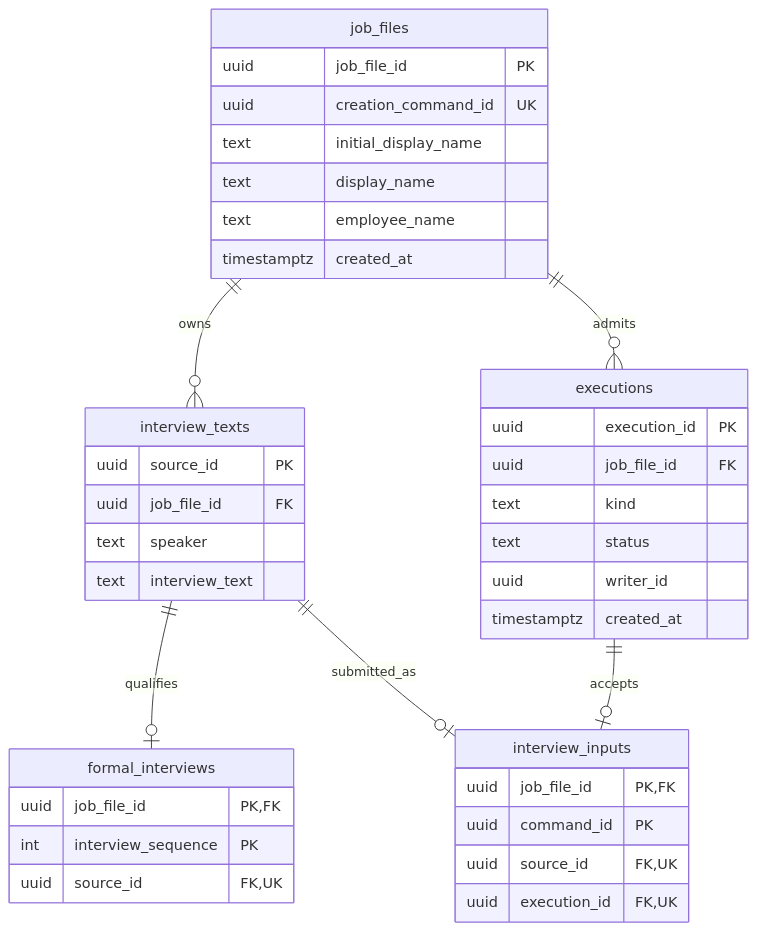
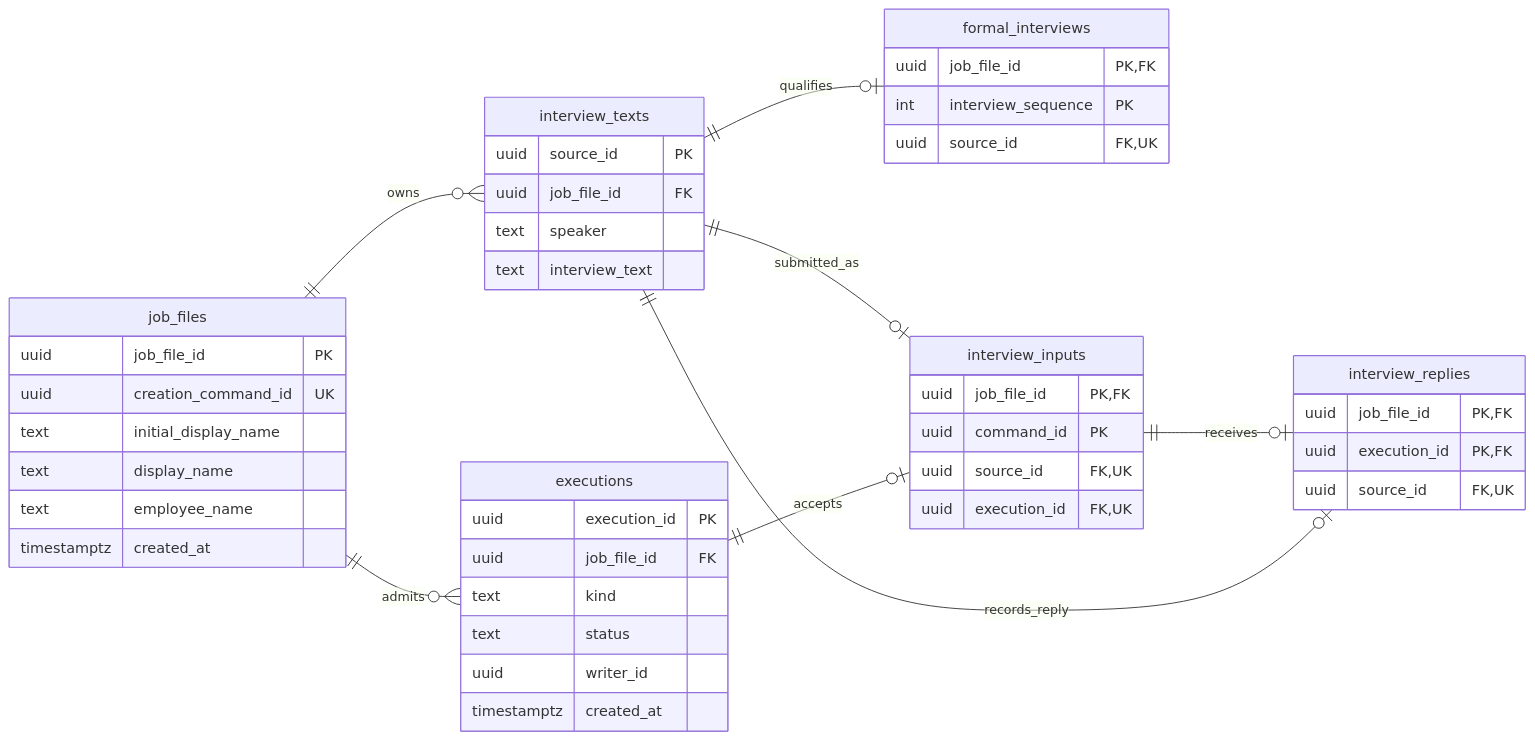
One commit to JD-Consultant/Caliburn changed the diagram in docs/implementation/interview-storage.md. Above: the diagram before and after it, drawn with Mermaid. The commit also changed other lines of this file and 9 other files, not shown here.

````diff
--- a/docs/implementation/interview-storage.md
+++ b/docs/implementation/interview-storage.md
@@ -11,41 +11,49 @@
 ```mermaid
 erDiagram
+  direction LR
   job_files ||--o{ interview_texts : owns
   job_files ||--o{ executions : admits
   interview_texts ||--o| formal_interviews : qualifies
   interview_texts ||--o| interview_inputs : submitted_as
   executions ||--o| interview_inputs : accepts
+  interview_inputs ||--o| interview_replies : receives
+  interview_texts ||--o| interview_replies : records_reply
   job_files {
     uuid job_file_id PK
     uuid creation_command_id UK
     text initial_display_name
     text display_name
     text employee_name
     timestamptz created_at
   }
   interview_texts {
     uuid source_id PK
     uuid job_file_id FK
     text speaker
     text interview_text
   }
   formal_interviews {
     uuid job_file_id PK,FK
     int interview_sequence PK
     uuid source_id FK,UK
   }
   executions {
     uuid execution_id PK
     uuid job_file_id FK
     text kind
     text status
     uuid writer_id
     timestamptz created_at
   }
   interview_inputs {
     uuid job_file_id PK,FK
     uuid command_id PK
     uuid source_id FK,UK
     uuid execution_id FK,UK
   }
+  interview_replies {
+    uuid job_file_id PK,FK
+    uuid execution_id PK,FK
+    uuid source_id FK,UK
+  }
 ```
````
